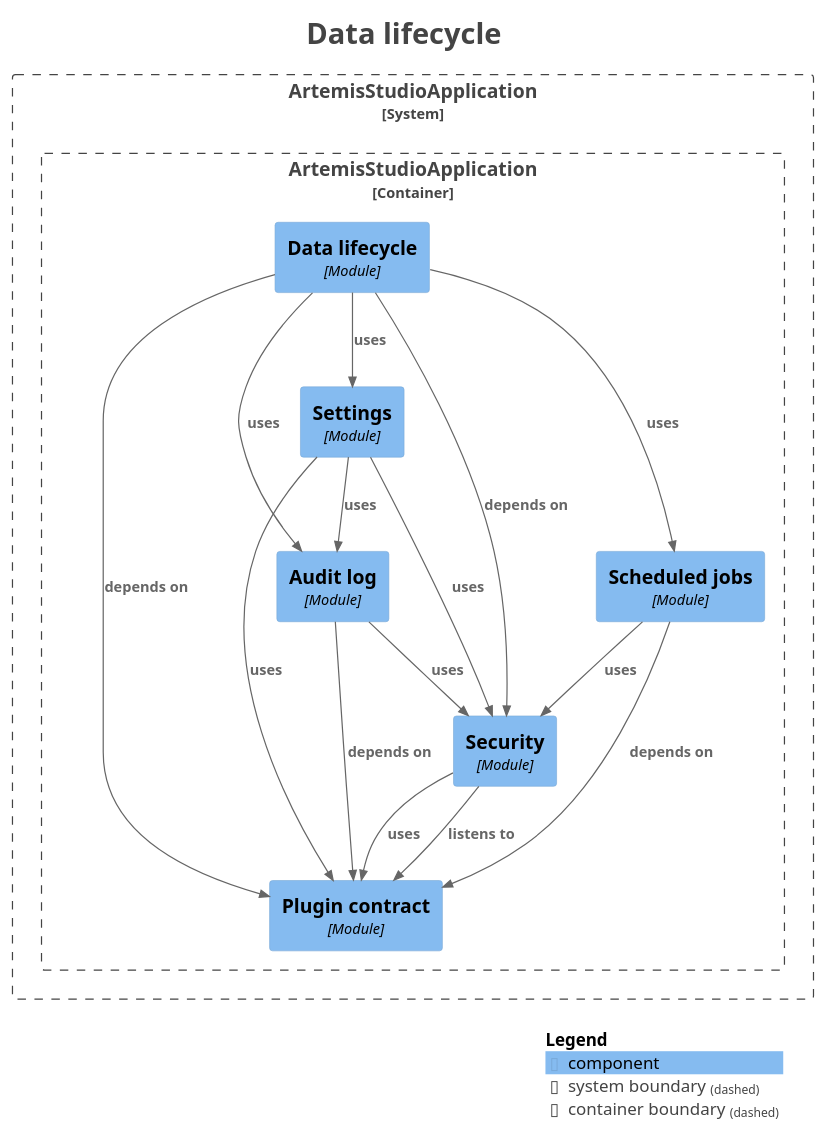
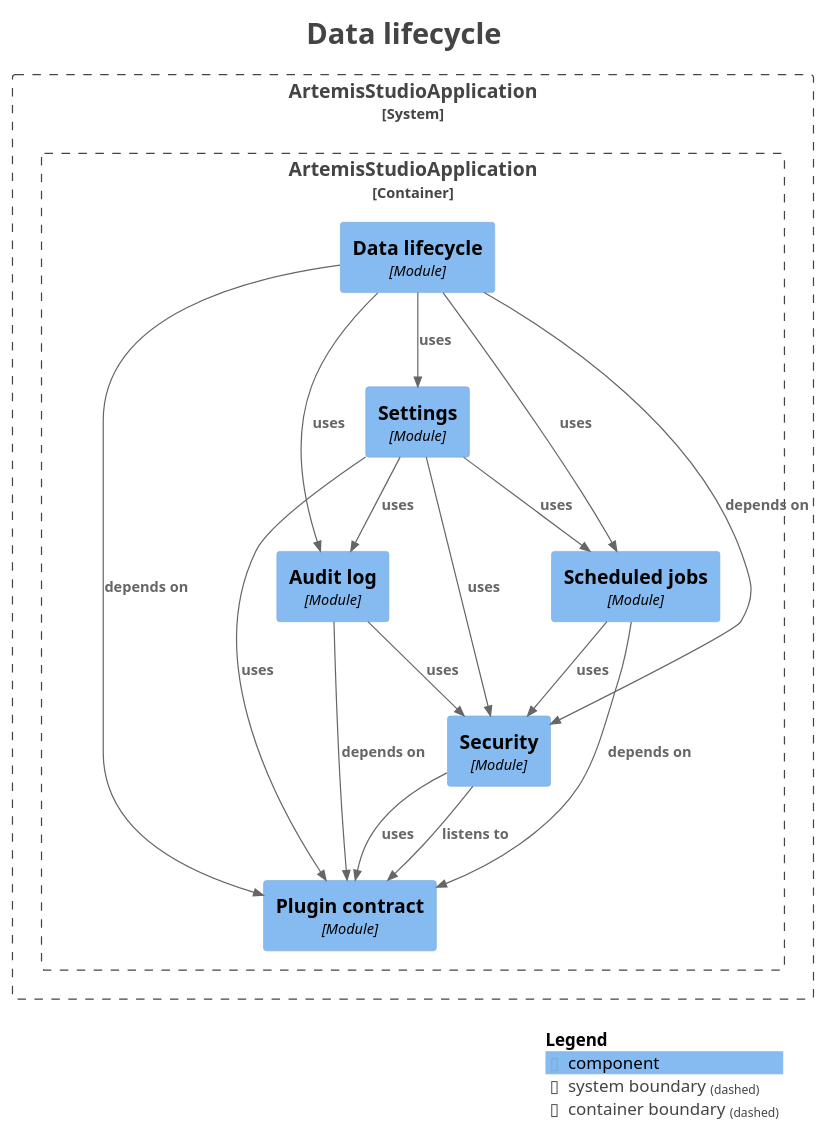
Before and after one commit to sudoitir/artemis-studio: the diagram in docs/modules/module-kernel.lifecycle.puml, drawn with PlantUML. The commit also changed 4 other files, not shown here.

```diff
--- a/docs/modules/module-kernel.lifecycle.puml
+++ b/docs/modules/module-kernel.lifecycle.puml
@@ -1,47 +1,48 @@
 @startuml
 title <size:24>Data lifecycle</size>
 
 set separator none
 top to bottom direction
 
 <style>
   root {
     BackgroundColor: #ffffff
     FontColor: #444444
   }
 </style>
 
 !include <C4/C4>
 !include <C4/C4_Context>
 !include <C4/C4_Component>
 
 System_Boundary("ArtemisStudioApplication_boundary", "ArtemisStudioApplication", $tags="") {
   Container_Boundary("ArtemisStudioApplication.ArtemisStudioApplication_boundary", "ArtemisStudioApplication", $tags="") {
     Component(ArtemisStudioApplication.ArtemisStudioApplication.Settings, "Settings", $techn="Module", $descr="", $tags="", $link="")
     Component(ArtemisStudioApplication.ArtemisStudioApplication.Datalifecycle, "Data lifecycle", $techn="Module", $descr="", $tags="", $link="")
     Component(ArtemisStudioApplication.ArtemisStudioApplication.Plugincontract, "Plugin contract", $techn="Module", $descr="", $tags="", $link="")
     Component(ArtemisStudioApplication.ArtemisStudioApplication.Security, "Security", $techn="Module", $descr="", $tags="", $link="")
     Component(ArtemisStudioApplication.ArtemisStudioApplication.Auditlog, "Audit log", $techn="Module", $descr="", $tags="", $link="")
     Component(ArtemisStudioApplication.ArtemisStudioApplication.Scheduledjobs, "Scheduled jobs", $techn="Module", $descr="", $tags="", $link="")
   }
 
 }
 
 Rel(ArtemisStudioApplication.ArtemisStudioApplication.Auditlog, ArtemisStudioApplication.ArtemisStudioApplication.Plugincontract, "depends on", $techn="", $tags="", $link="")
 Rel(ArtemisStudioApplication.ArtemisStudioApplication.Auditlog, ArtemisStudioApplication.ArtemisStudioApplication.Security, "uses", $techn="", $tags="", $link="")
 Rel(ArtemisStudioApplication.ArtemisStudioApplication.Datalifecycle, ArtemisStudioApplication.ArtemisStudioApplication.Auditlog, "uses", $techn="", $tags="", $link="")
 Rel(ArtemisStudioApplication.ArtemisStudioApplication.Datalifecycle, ArtemisStudioApplication.ArtemisStudioApplication.Plugincontract, "depends on", $techn="", $tags="", $link="")
 Rel(ArtemisStudioApplication.ArtemisStudioApplication.Datalifecycle, ArtemisStudioApplication.ArtemisStudioApplication.Scheduledjobs, "uses", $techn="", $tags="", $link="")
 Rel(ArtemisStudioApplication.ArtemisStudioApplication.Datalifecycle, ArtemisStudioApplication.ArtemisStudioApplication.Security, "depends on", $techn="", $tags="", $link="")
 Rel(ArtemisStudioApplication.ArtemisStudioApplication.Datalifecycle, ArtemisStudioApplication.ArtemisStudioApplication.Settings, "uses", $techn="", $tags="", $link="")
 Rel(ArtemisStudioApplication.ArtemisStudioApplication.Scheduledjobs, ArtemisStudioApplication.ArtemisStudioApplication.Plugincontract, "depends on", $techn="", $tags="", $link="")
 Rel(ArtemisStudioApplication.ArtemisStudioApplication.Scheduledjobs, ArtemisStudioApplication.ArtemisStudioApplication.Security, "uses", $techn="", $tags="", $link="")
 Rel(ArtemisStudioApplication.ArtemisStudioApplication.Security, ArtemisStudioApplication.ArtemisStudioApplication.Plugincontract, "listens to", $techn="", $tags="", $link="")
 Rel(ArtemisStudioApplication.ArtemisStudioApplication.Security, ArtemisStudioApplication.ArtemisStudioApplication.Plugincontract, "uses", $techn="", $tags="", $link="")
 Rel(ArtemisStudioApplication.ArtemisStudioApplication.Settings, ArtemisStudioApplication.ArtemisStudioApplication.Auditlog, "uses", $techn="", $tags="", $link="")
 Rel(ArtemisStudioApplication.ArtemisStudioApplication.Settings, ArtemisStudioApplication.ArtemisStudioApplication.Plugincontract, "uses", $techn="", $tags="", $link="")
+Rel(ArtemisStudioApplication.ArtemisStudioApplication.Settings, ArtemisStudioApplication.ArtemisStudioApplication.Scheduledjobs, "uses", $techn="", $tags="", $link="")
 Rel(ArtemisStudioApplication.ArtemisStudioApplication.Settings, ArtemisStudioApplication.ArtemisStudioApplication.Security, "uses", $techn="", $tags="", $link="")
 
 SHOW_LEGEND(true)
 hide stereotypes
 @enduml
```
